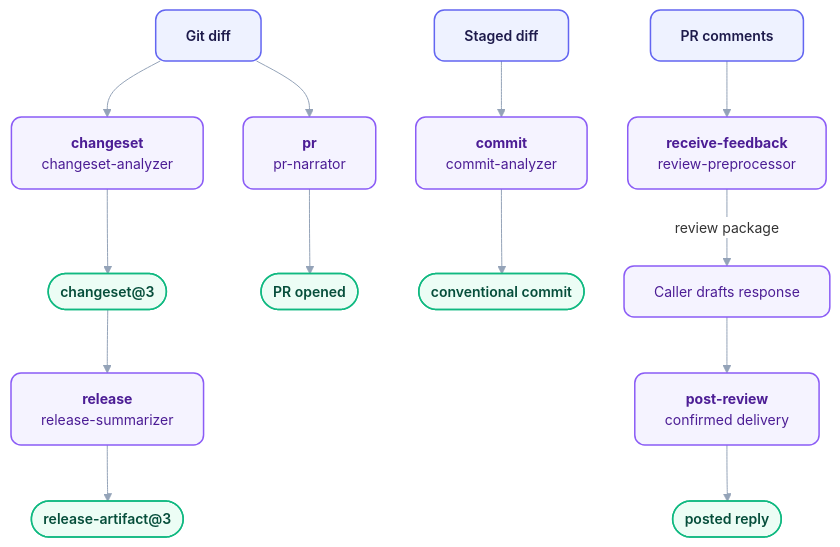
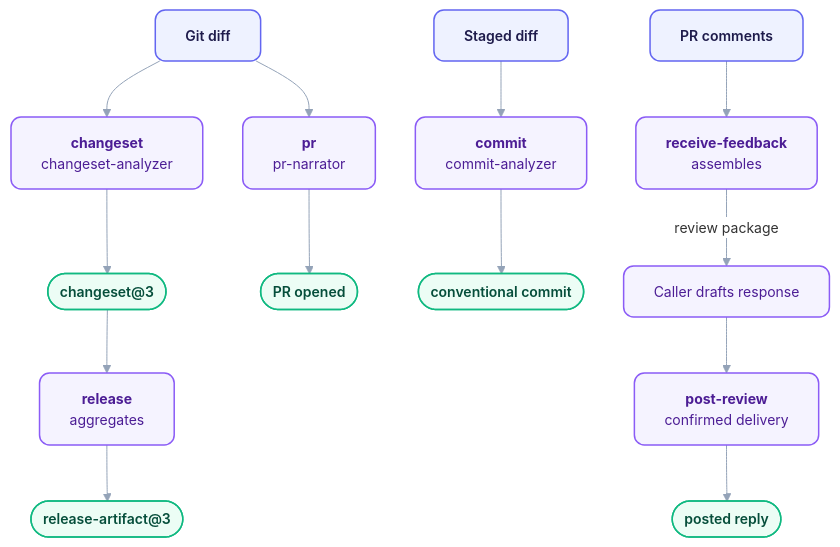
One commit to orin-dx/wisp-plugins changed the diagram in plugins/courier/README.md. Above: the diagram before and after it, drawn with Mermaid. The commit also changed other lines of this file and 385 other files, not shown here.

````diff
--- a/plugins/courier/README.md
+++ b/plugins/courier/README.md
@@ -78,20 +76,20 @@
 ```mermaid
 %%{init: {'theme': 'base', 'flowchart': {'curve': 'basis', 'nodeSpacing': 40, 'rankSpacing': 56}, 'themeVariables': {'fontFamily': 'Inter, ui-sans-serif, system-ui, sans-serif', 'fontSize': '14px', 'lineColor': '#94a3b8', 'edgeLabelBackground': '#ffffff'}}}%%
 flowchart TD
     classDef source fill:#eef2ff,stroke:#6366f1,stroke-width:1.5px,color:#1e1b4b,rx:10px,ry:10px,font-weight:600;
     classDef engine fill:#f5f3ff,stroke:#8b5cf6,stroke-width:1.5px,color:#4c1d95,rx:10px,ry:10px;
     classDef output fill:#ecfdf5,stroke:#10b981,stroke-width:1.5px,color:#064e3b,rx:10px,ry:10px,font-weight:600;
 
     Diff["Git diff"] --> Changeset["<b>changeset</b><br/>changeset-analyzer"] --> CS(["changeset@3"])
     Diff --> PR["<b>pr</b><br/>pr-narrator"] --> PROut(["PR opened"])
-    CS --> Release["<b>release</b><br/>release-summarizer"] --> RelOut(["release-artifact@3"])
+    CS --> Release["<b>release</b><br/>aggregates"] --> RelOut(["release-artifact@3"])
 
     Staged["Staged diff"] --> Commit["<b>commit</b><br/>commit-analyzer"] --> CommitOut(["conventional commit"])
 
-    Comments["PR comments"] --> Receive["<b>receive-feedback</b><br/>review-preprocessor"]
+    Comments["PR comments"] --> Receive["<b>receive-feedback</b><br/>assembles"]
     Receive -->|"review package"| Draft["Caller drafts response"] --> Post["<b>post-review</b><br/>confirmed delivery"] --> Reply(["posted reply"])
 
     class Diff,Staged,Comments source
     class Changeset,PR,Release,Commit,Receive,Draft,Post engine
     class CS,PROut,RelOut,CommitOut,Reply output
 ```
````
